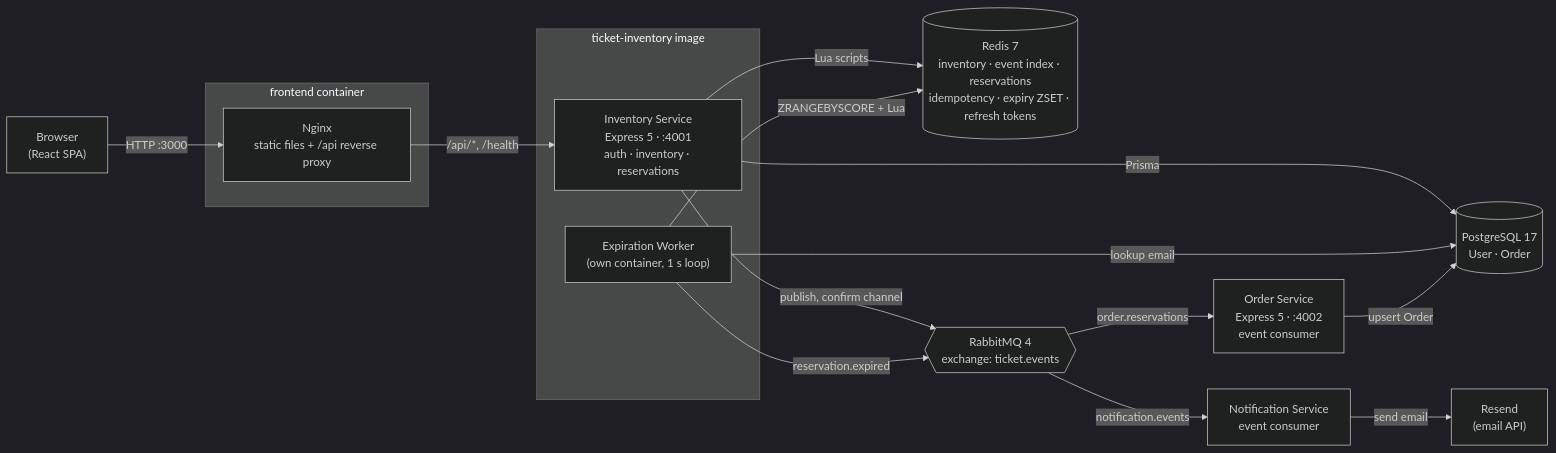
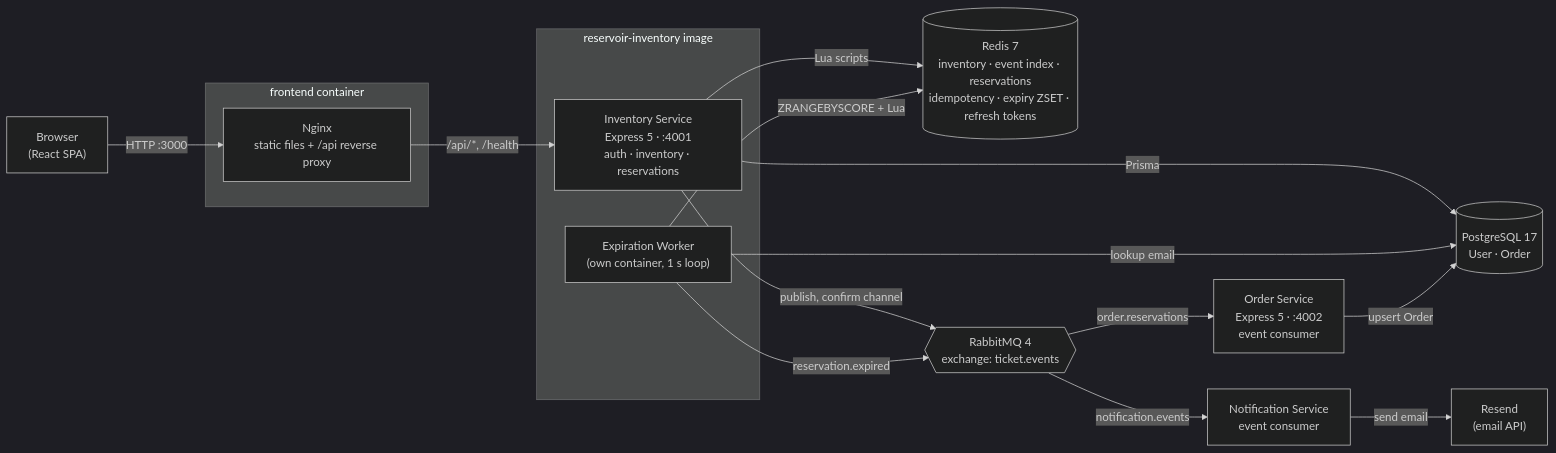
Before and after one commit to Dharaneesh7299/Reservoir: the first of 6 diagrams in ARCHITECTURE.md, drawn with Mermaid (dark theme). The commit also changed other lines of this file and 22 other files, not shown here.

````diff
--- a/ARCHITECTURE.md
+++ b/ARCHITECTURE.md
@@ -13,34 +13,34 @@
 ```mermaid
 flowchart LR
     Browser["Browser<br/>(React SPA)"]
 
     subgraph Edge["frontend container"]
         Nginx["Nginx<br/>static files + /api reverse proxy"]
     end
 
-    subgraph Core["ticket-inventory image"]
+    subgraph Core["reservoir-inventory image"]
         Inv["Inventory Service<br/>Express 5 · :4001<br/>auth · inventory · reservations"]
         Worker["Expiration Worker<br/>(own container, 1 s loop)"]
     end
 
     Order["Order Service<br/>Express 5 · :4002<br/>event consumer"]
     Notif["Notification Service<br/>event consumer"]
 
     Redis[("Redis 7<br/>inventory · event index · reservations<br/>idempotency · expiry ZSET · refresh tokens")]
     PG[("PostgreSQL 17<br/>User · Order")]
     MQ{{"RabbitMQ 4<br/>exchange: ticket.events"}}
     Resend["Resend<br/>(email API)"]
 
     Browser -->|HTTP :3000| Nginx
     Nginx -->|/api/*, /health| Inv
     Inv -->|Lua scripts| Redis
     Inv -->|Prisma| PG
     Inv -->|publish, confirm channel| MQ
     Worker -->|ZRANGEBYSCORE + Lua| Redis
     Worker -->|lookup email| PG
     Worker -->|reservation.expired| MQ
     MQ -->|order.reservations| Order
     Order -->|upsert Order| PG
     MQ -->|notification.events| Notif
     Notif -->|send email| Resend
 ```
````
